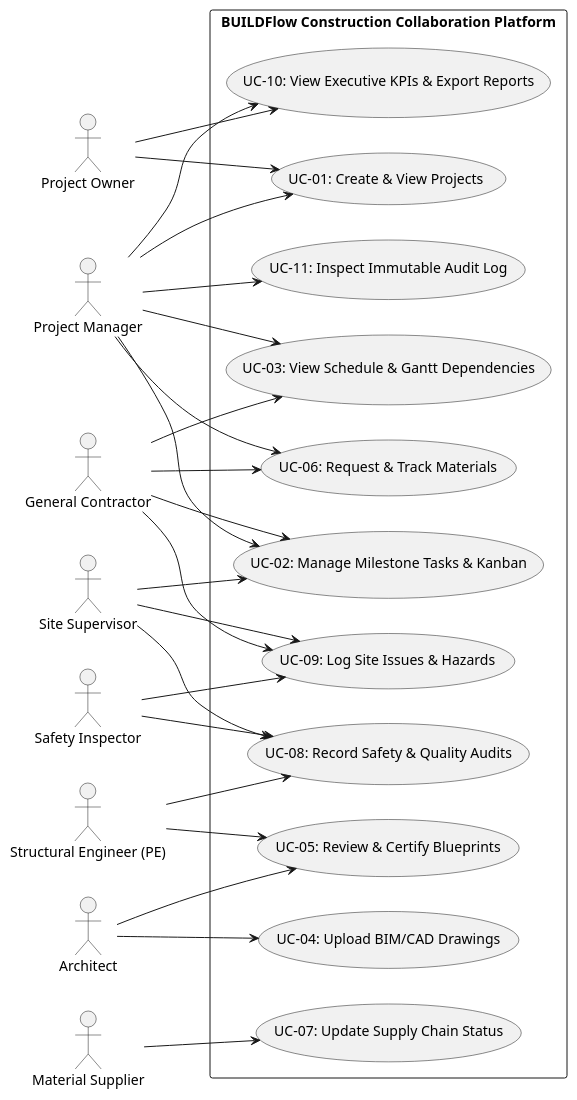
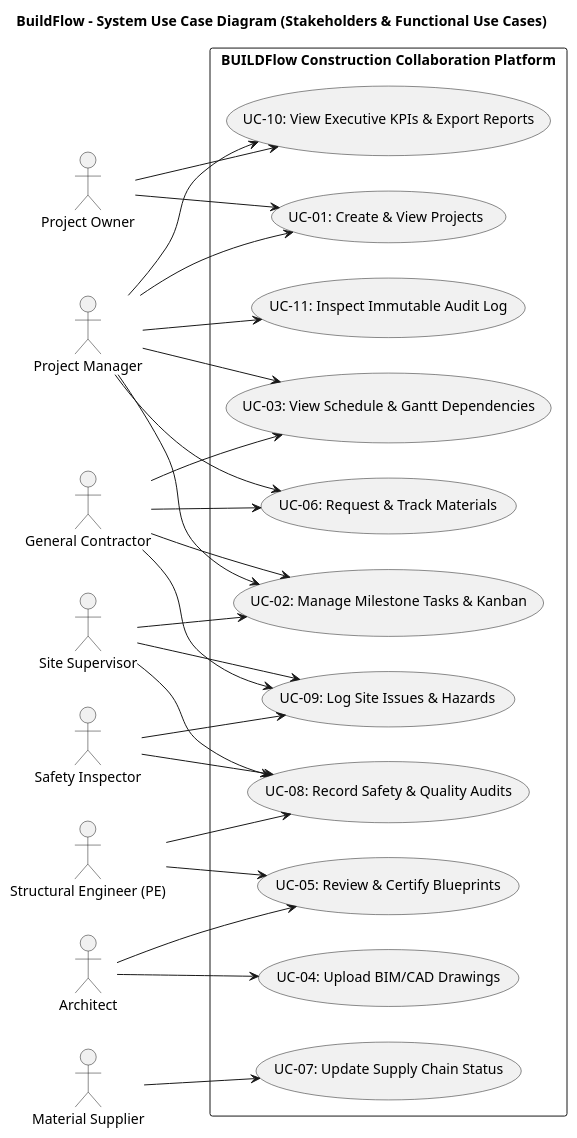
Before and after one commit to Shaunakrane914/BuildFlow: the diagram in docs/uml/usecase_diagram.puml, drawn with PlantUML. The commit also changed 8 other files, not shown here.

Commit message:
style(uml): add explicit title headings to all 9 PlantUML diagram files

```diff
--- a/docs/uml/usecase_diagram.puml
+++ b/docs/uml/usecase_diagram.puml
@@ -1,59 +1,60 @@
 @startuml BuildFlow_UseCase_Diagram
+title BuildFlow - System Use Case Diagram (Stakeholders & Functional Use Cases)
 left to right direction
 skinparam packageStyle rectangle
 skinparam shadowing false
 
 actor "Project Owner" as Owner
 actor "Project Manager" as PM
 actor "Architect" as Arch
 actor "Structural Engineer (PE)" as Eng
 actor "General Contractor" as Cont
 actor "Site Supervisor" as Site
 actor "Material Supplier" as Supp
 actor "Safety Inspector" as Insp
 
 rectangle "BUILDFlow Construction Collaboration Platform" {
   usecase "UC-01: Create & View Projects" as UC1
   usecase "UC-02: Manage Milestone Tasks & Kanban" as UC2
   usecase "UC-03: View Schedule & Gantt Dependencies" as UC3
   usecase "UC-04: Upload BIM/CAD Drawings" as UC4
   usecase "UC-05: Review & Certify Blueprints" as UC5
   usecase "UC-06: Request & Track Materials" as UC6
   usecase "UC-07: Update Supply Chain Status" as UC7
   usecase "UC-08: Record Safety & Quality Audits" as UC8
   usecase "UC-09: Log Site Issues & Hazards" as UC9
   usecase "UC-10: View Executive KPIs & Export Reports" as UC10
   usecase "UC-11: Inspect Immutable Audit Log" as UC11
 }
 
 Owner --> UC1
 Owner --> UC10
 
 PM --> UC1
 PM --> UC2
 PM --> UC3
 PM --> UC6
 PM --> UC10
 PM --> UC11
 
 Arch --> UC4
 Arch --> UC5
 
 Eng --> UC5
 Eng --> UC8
 
 Cont --> UC2
 Cont --> UC3
 Cont --> UC6
 Cont --> UC9
 
 Site --> UC2
 Site --> UC8
 Site --> UC9
 
 Supp --> UC7
 
 Insp --> UC8
 Insp --> UC9
 
 @enduml
```
